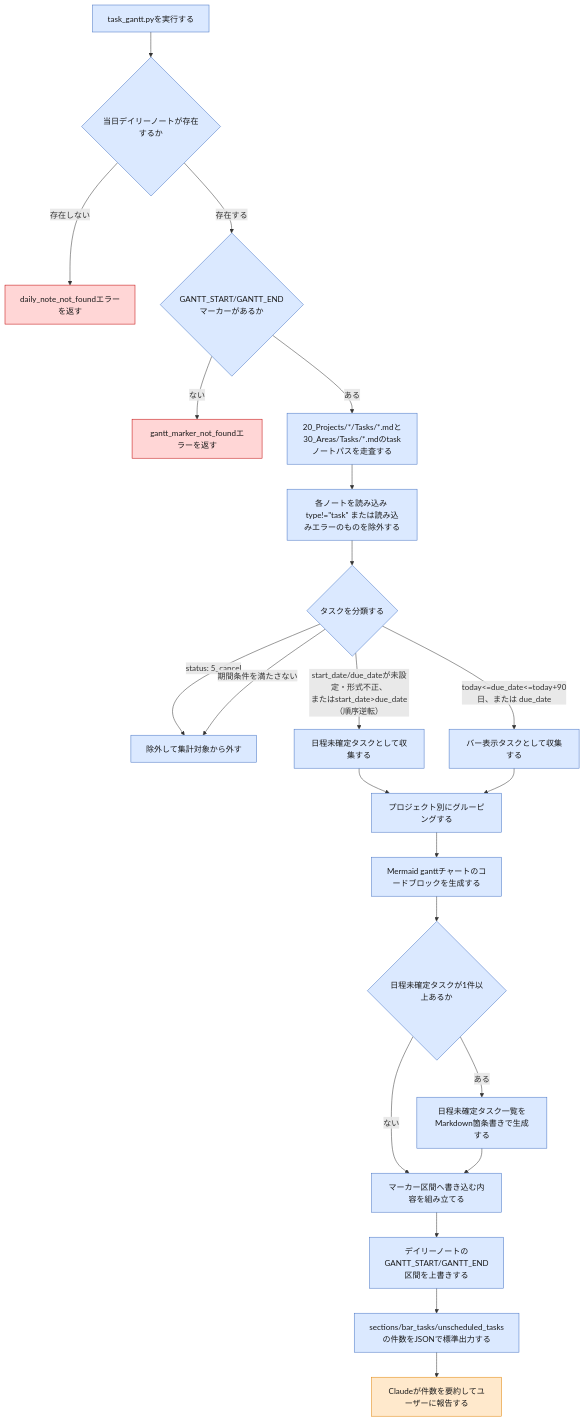
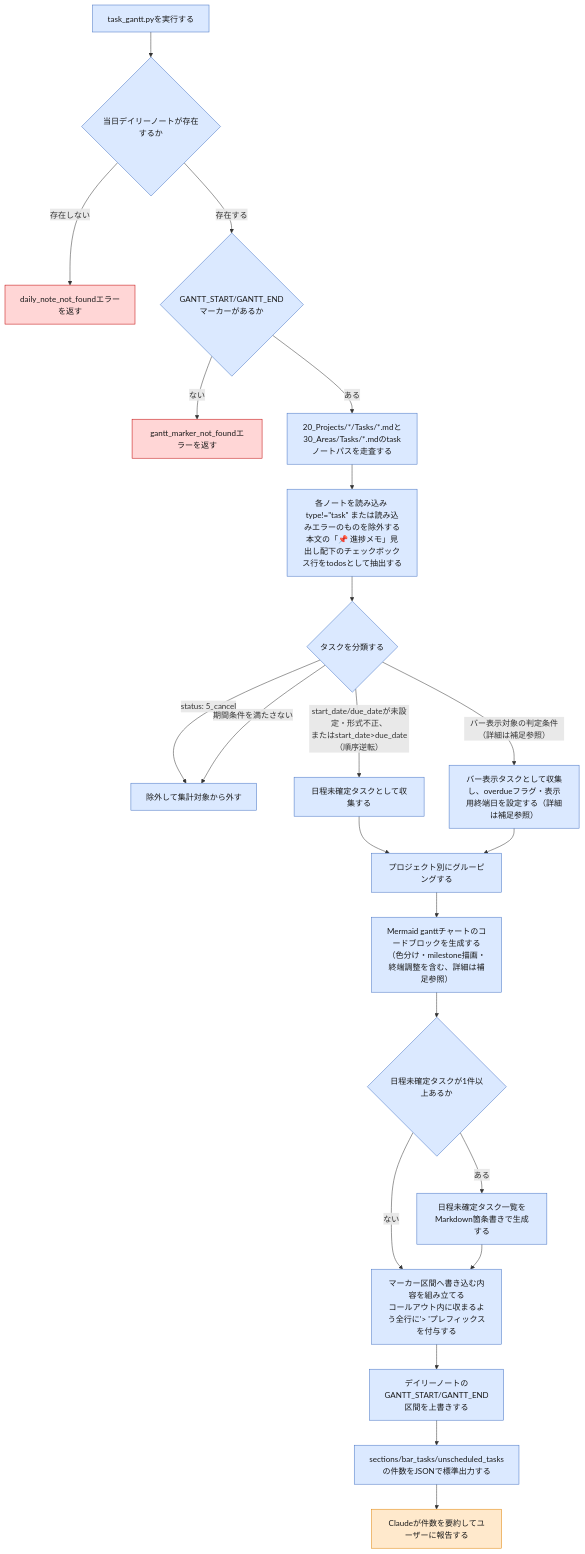
Before and after one commit to asama0101/obsidian-claude: the diagram in 90_SkillFlows/task-gantt-flow.md, drawn with Mermaid. The commit also changed other lines of this file and 40 other files, not shown here.

````diff
--- a/90_SkillFlows/task-gantt-flow.md
+++ b/90_SkillFlows/task-gantt-flow.md
@@ -7,48 +7,48 @@
 ```mermaid
 flowchart TD
     A[task_gantt.pyを実行する] --> B{当日デイリーノートが存在するか}
     B -- 存在しない --> B1[daily_note_not_foundエラーを返す]
     B -- 存在する --> C{GANTT_START/GANTT_ENDマーカーがあるか}
     C -- ない --> C1[gantt_marker_not_foundエラーを返す]
     C -- ある --> D["20_Projects/*/Tasks/*.mdと30_Areas/Tasks/*.mdのtaskノートパスを走査する"]
-    D --> E["各ノートを読み込み type!=&quot;task&quot; または読み込みエラーのものを除外する"]
+    D --> E["各ノートを読み込み type!=&quot;task&quot; または読み込みエラーのものを除外する<br/>本文の「📌 進捗メモ」見出し配下のチェックボックス行をtodosとして抽出する"]
     E --> F{タスクを分類する}
     F -- status: 5_cancel --> Fx[除外して集計対象から外す]
     F -- 期間条件を満たさない --> Fx
     F -- "start_date/due_dateが未設定・形式不正、<br/>またはstart_date>due_date（順序逆転）" --> F2[日程未確定タスクとして収集する]
-    F -- "today<=due_date<=today+90日、または due_date<today かつ status not in 4_done/5_cancel" --> F3[バー表示タスクとして収集する]
+    F -- "バー表示対象の判定条件（詳細は補足参照）" --> F3["バー表示タスクとして収集し、overdueフラグ・表示用終端日を設定する（詳細は補足参照）"]
     F2 --> G
     F3 --> G[プロジェクト別にグルーピングする]
-    G --> H[Mermaid ganttチャートのコードブロックを生成する]
+    G --> H[Mermaid ganttチャートのコードブロックを生成する（色分け・milestone描画・終端調整を含む、詳細は補足参照）]
     H --> I{日程未確定タスクが1件以上あるか}
     I -- ある --> J[日程未確定タスク一覧をMarkdown箇条書きで生成する]
     I -- ない --> K
-    J --> K[マーカー区間へ書き込む内容を組み立てる]
+    J --> K["マーカー区間へ書き込む内容を組み立てる<br/>コールアウト内に収まるよう全行に'&gt; 'プレフィックスを付与する"]
     K --> L[デイリーノートのGANTT_START/GANTT_END区間を上書きする]
     L --> M[sections/bar_tasks/unscheduled_tasksの件数をJSONで標準出力する]
     M --> N[Claudeが件数を要約してユーザーに報告する]
 
     class A python
     class B python
     class B1 error
     class C python
     class C1 error
     class D python
     class E python
     class F python
     class Fx python
     class F2 python
     class F3 python
     class G python
     class H python
     class I python
     class J python
     class K python
     class L python
     class M python
     class N claude
 
     classDef python fill:#dbe9ff,stroke:#4472c4,color:#1a1a1a;
     classDef claude fill:#ffe9cc,stroke:#e08000,color:#1a1a1a;
     classDef error fill:#ffd6d6,stroke:#c00000,color:#1a1a1a;
 ```
````
